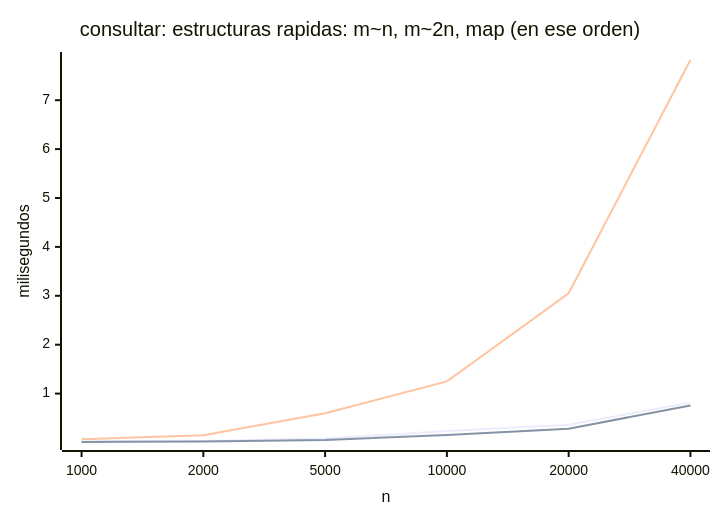
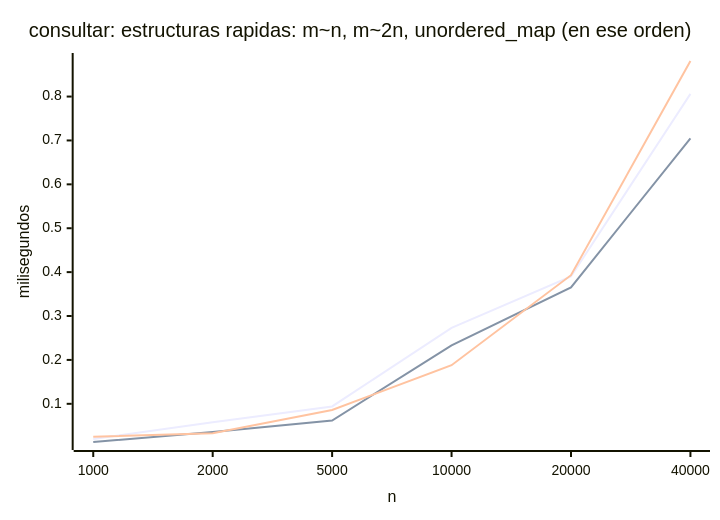
The second of 4 diagrams in docs/informe-final.md (JuanManuelParedes/estr-2026-2-proyecto), drawn with Mermaid before and after one commit. The commit also changed other lines of this file and 4 other files, not shown here.

Commit message:
Referencia cambiada a unordered_map: envoltorio, mediciones, informe y bitacora

````diff
--- a/docs/informe-final.md
+++ b/docs/informe-final.md
@@ -516,9 +519,9 @@
 ```mermaid
 xychart-beta
-  title "consultar: estructuras rapidas: m~n, m~2n, map (en ese orden)"
+  title "consultar: estructuras rapidas: m~n, m~2n, unordered_map (en ese orden)"
   x-axis "n" [1000, 2000, 5000, 10000, 20000, 40000]
   y-axis "milisegundos"
-  line [0.013, 0.030, 0.080, 0.234, 0.365, 0.815]
-  line [0.010, 0.022, 0.050, 0.152, 0.281, 0.758]
-  line [0.066, 0.148, 0.600, 1.249, 3.051, 7.822]
+  line [0.020, 0.058, 0.094, 0.273, 0.390, 0.806]
+  line [0.013, 0.036, 0.062, 0.233, 0.365, 0.705]
+  line [0.025, 0.033, 0.086, 0.188, 0.393, 0.881]
 ```
````
